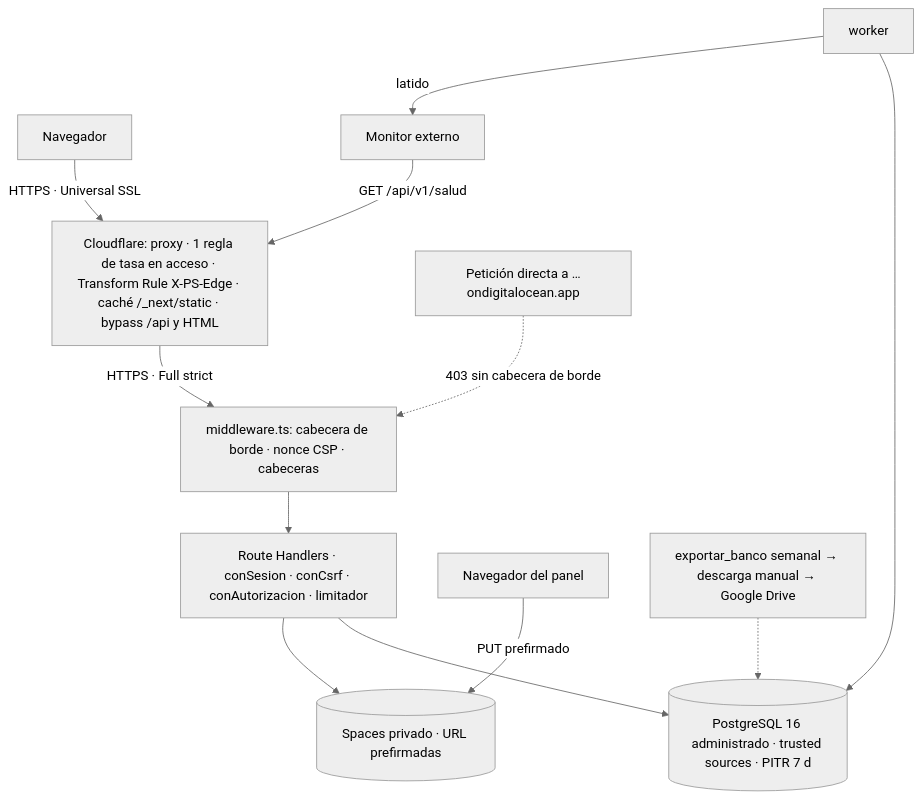
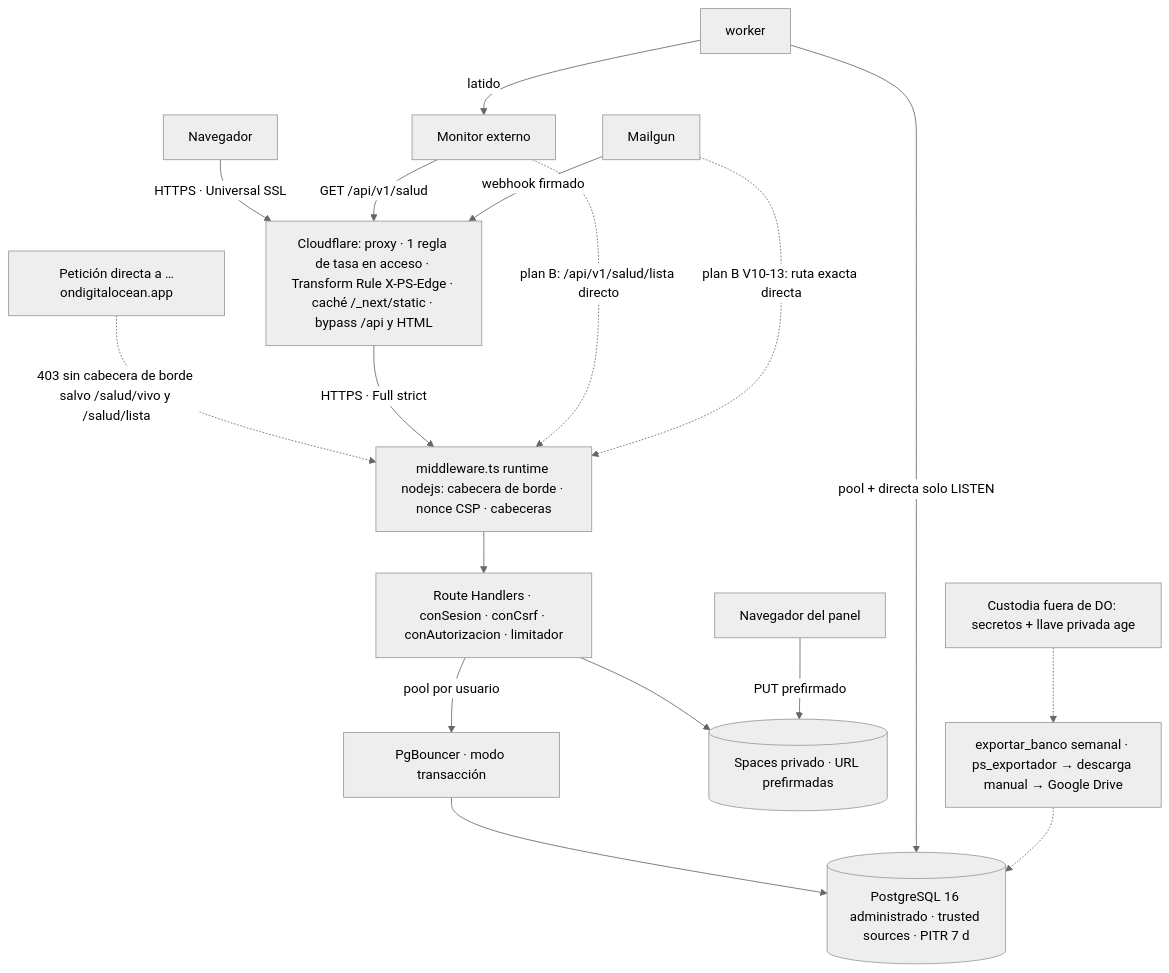
One commit to JesusSeguraCO/ps-app-neural changed the second of 2 diagrams in docs/adr/0010-entornos-despliegue-y-perimetro.md. Above: the diagram before and after it, drawn with Mermaid (neutral theme). The commit also changed other lines of this file and 11 other files, not shown here.

````diff
--- a/docs/adr/0010-entornos-despliegue-y-perimetro.md
+++ b/docs/adr/0010-entornos-despliegue-y-perimetro.md
@@ -161,14 +288,19 @@
 ```mermaid
 flowchart TB
   U[Navegador] -->|HTTPS · Universal SSL| CF[Cloudflare: proxy · 1 regla de tasa en acceso · Transform Rule X-PS-Edge · caché /_next/static · bypass /api y HTML]
-  X[Petición directa a …ondigitalocean.app] -.->|403 sin cabecera de borde| MW
-  CF -->|HTTPS · Full strict| MW[middleware.ts: cabecera de borde · nonce CSP · cabeceras]
+  X[Petición directa a …ondigitalocean.app] -.->|403 sin cabecera de borde salvo /salud/vivo y /salud/lista| MW
+  CF -->|HTTPS · Full strict| MW[middleware.ts runtime nodejs: cabecera de borde · nonce CSP · cabeceras]
   MW --> RH[Route Handlers · conSesion · conCsrf · conAutorizacion · limitador]
-  RH --> PG[(PostgreSQL 16 administrado · trusted sources · PITR 7 d)]
+  RH -->|pool por usuario| PGB[PgBouncer · modo transacción]
+  PGB --> PG[(PostgreSQL 16 administrado · trusted sources · PITR 7 d)]
   RH --> SP[(Spaces privado · URL prefirmadas)]
-  WK[worker] --> PG
+  WK[worker] -->|pool + directa solo LISTEN| PG
   PANEL[Navegador del panel] -->|PUT prefirmado| SP
   MON[Monitor externo] -->|GET /api/v1/salud| CF
+  MON -.->|plan B: /api/v1/salud/lista directo| MW
+  MG[Mailgun] -->|webhook firmado| CF
+  MG -.->|plan B V10-13: ruta exacta directa| MW
   WK -->|latido| MON
-  EXP[exportar_banco semanal → descarga manual → Google Drive] -.-> PG
+  EXP[exportar_banco semanal · ps_exportador → descarga manual → Google Drive] -.-> PG
+  CUS[Custodia fuera de DO: secretos + llave privada age] -.-> EXP
 ```
````
